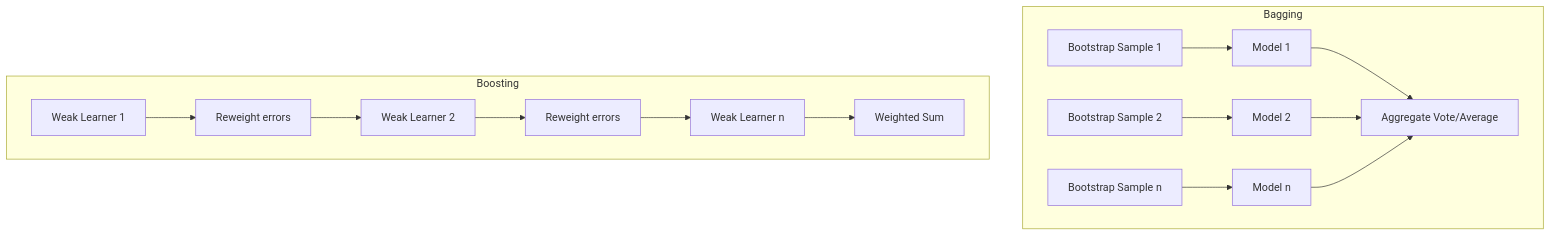
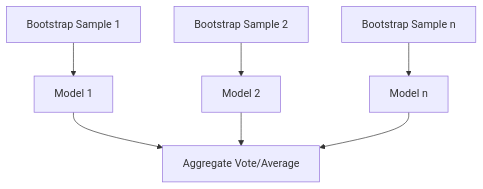
One commit to equalfm3/MLCLASSICALIMPLEMENTATION changed the fifth of 6 diagrams in README.md. Above: the diagram before and after it, drawn with Mermaid. The commit also changed other lines of this file, not shown here.

Commit message:
Fix mermaid: remove subgraphs and style directives for GitHub rendering

````diff
--- a/README.md
+++ b/README.md
@@ -121,19 +105,9 @@
 ```mermaid
 graph TD
-    subgraph Bagging
-        A1[Bootstrap Sample 1] --> M1[Model 1]
-        A2[Bootstrap Sample 2] --> M2[Model 2]
-        A3[Bootstrap Sample n] --> M3[Model n]
-        M1 --> V[Aggregate Vote/Average]
-        M2 --> V
-        M3 --> V
-    end
-
-    subgraph Boosting
-        B1[Weak Learner 1] --> W1[Reweight errors]
-        W1 --> B2[Weak Learner 2]
-        B2 --> W2[Reweight errors]
-        W2 --> B3[Weak Learner n]
-        B3 --> S[Weighted Sum]
-    end
+    A1[Bootstrap Sample 1] --> M1[Model 1]
+    A2[Bootstrap Sample 2] --> M2[Model 2]
+    A3[Bootstrap Sample n] --> M3[Model n]
+    M1 --> V[Aggregate Vote/Average]
+    M2 --> V
+    M3 --> V
 ```
````
